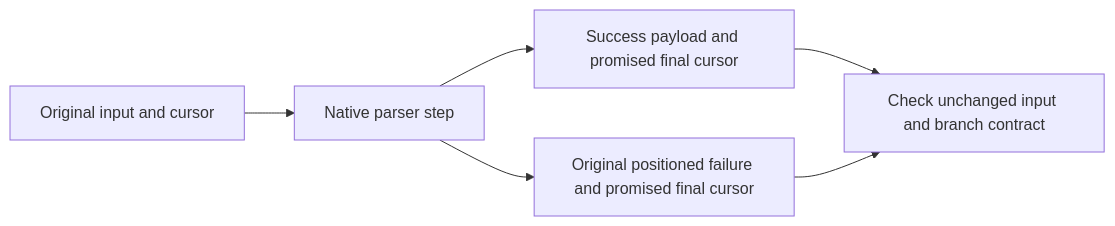
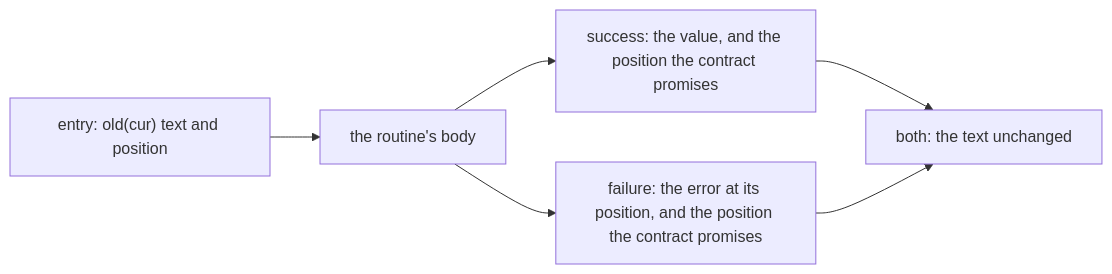
One commit to leobwang/dafny-verus-learn-0 changed the first of 3 diagrams in docs/R09_Effects.md. Above: the diagram before and after it, drawn with Mermaid. The commit also changed other lines of this file and 56 other files, not shown here.

````diff
--- a/docs/R09_Effects.md
+++ b/docs/R09_Effects.md
@@ -132,8 +575,8 @@
 ```mermaid
 flowchart LR
-  O["Original input and cursor"] --> S["Native parser step"]
-  S --> V["Success payload and promised final cursor"]
-  S --> E["Original positioned failure and promised final cursor"]
-  V --> P["Check unchanged input and branch contract"]
+  O["entry: old(cur) text and position"] --> S["the routine's body"]
+  S --> V["success: the value, and the position the contract promises"]
+  S --> E["failure: the error at its position, and the position the contract promises"]
+  V --> P["both: the text unchanged"]
   E --> P
 ```
````
